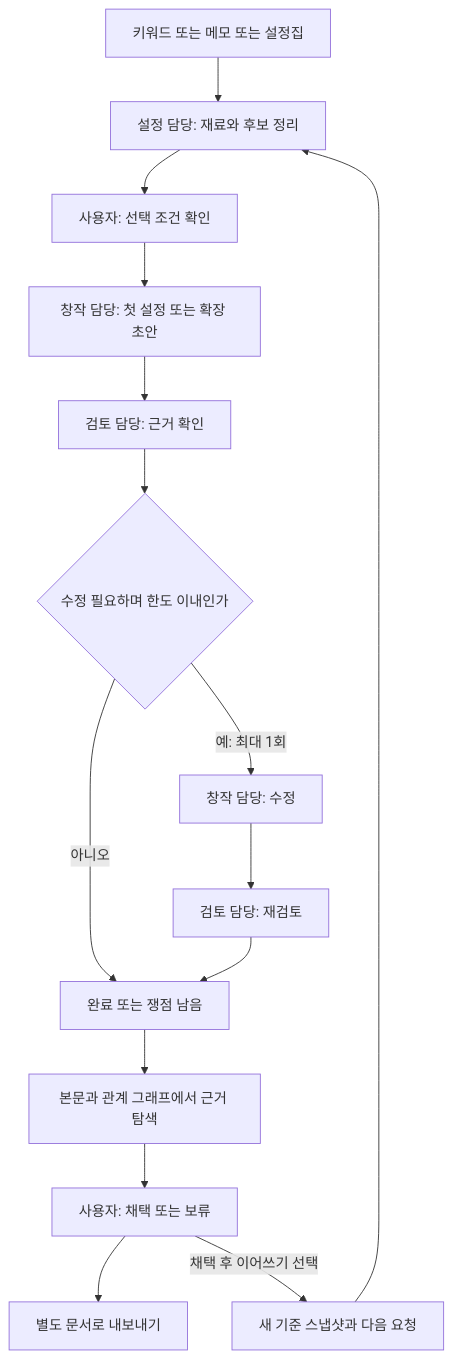
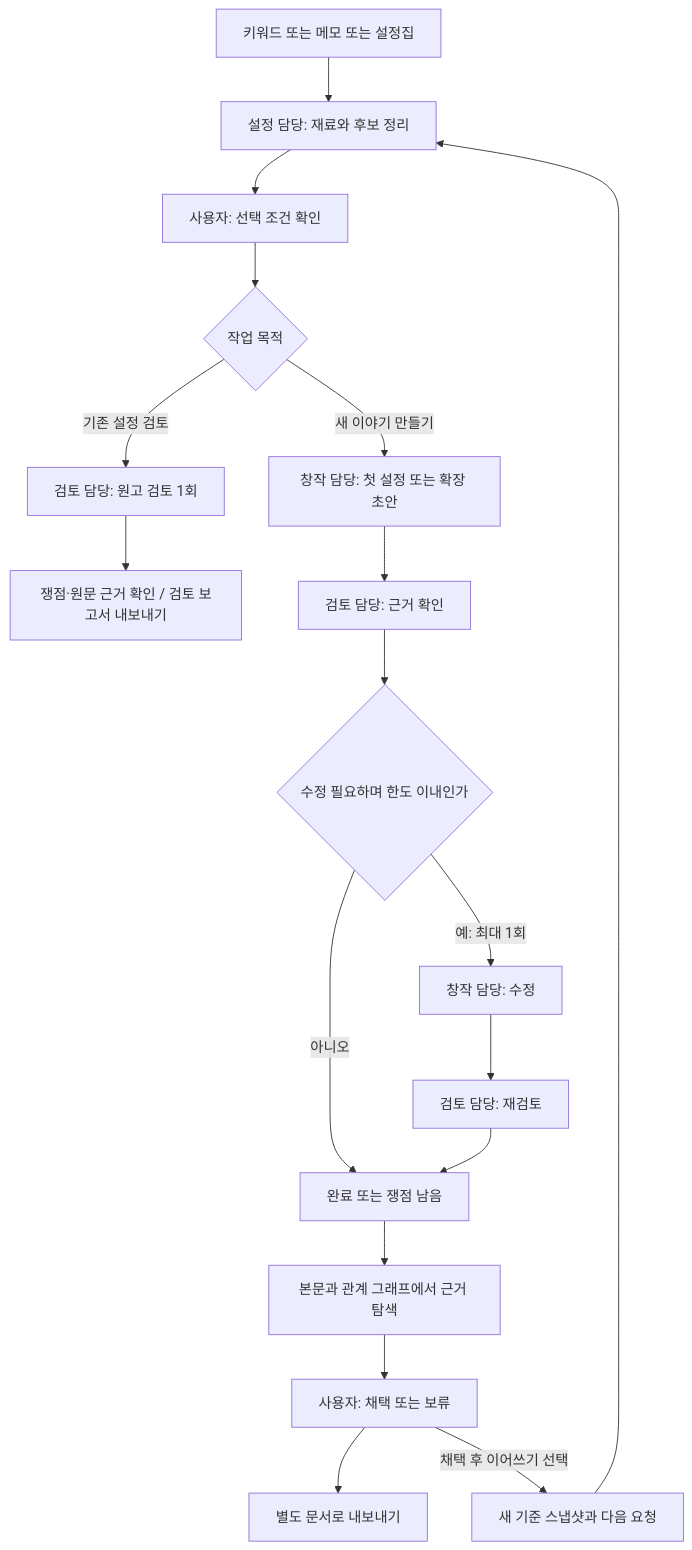
Before and after one commit to OMGimin/loreforge: the diagram in docs/PROJECT_PLAN.md, drawn with Mermaid. The commit also changed other lines of this file and 18 other files, not shown here.

````diff
--- a/docs/PROJECT_PLAN.md
+++ b/docs/PROJECT_PLAN.md
@@ -135,17 +143,20 @@
 ```mermaid
 flowchart TD
     A[키워드 또는 메모 또는 설정집] --> B[설정 담당: 재료와 후보 정리]
     B --> C[사용자: 선택 조건 확인]
-    C --> D[창작 담당: 첫 설정 또는 확장 초안]
+    C --> M{작업 목적}
+    M -->|기존 설정 검토| R[검토 담당: 원고 검토 1회]
+    R --> S[쟁점·원문 근거 확인 / 검토 보고서 내보내기]
+    M -->|새 이야기 만들기| D[창작 담당: 첫 설정 또는 확장 초안]
     D --> E[검토 담당: 근거 확인]
     E --> F{수정 필요하며 한도 이내인가}
     F -->|예: 최대 1회| G[창작 담당: 수정]
     G --> H[검토 담당: 재검토]
     F -->|아니오| I[완료 또는 쟁점 남음]
     H --> I
     I --> V[본문과 관계 그래프에서 근거 탐색]
     V --> J[사용자: 채택 또는 보류]
     J --> K[별도 문서로 내보내기]
     J -->|채택 후 이어쓰기 선택| L[새 기준 스냅샷과 다음 요청]
     L --> B
 ```
````
